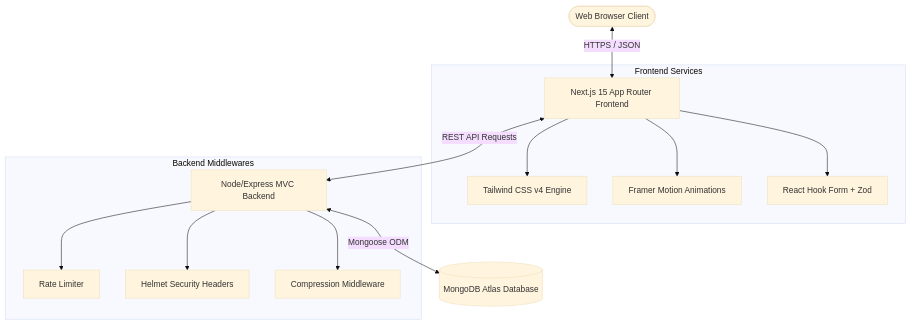
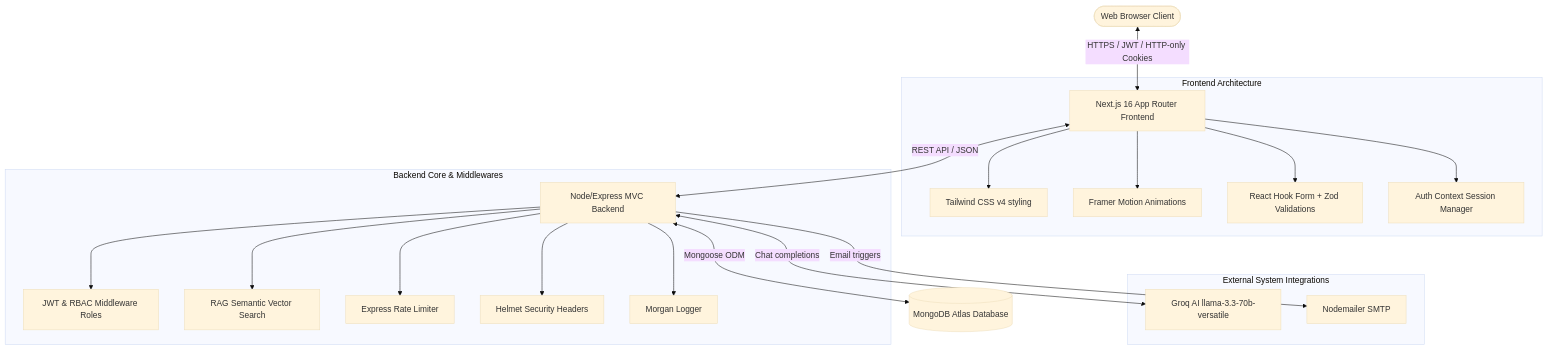
One commit to Santoshmmadivalar/Corporate-Profile-Website-Development changed the diagram in README.md. Above: the diagram before and after it, drawn with Mermaid (base theme). The commit also changed other lines of this file and 5 other files, not shown here.

Commit message:
Add Swagger documentation, backend unit tests, GitHub Actions CI/CD step, and upgraded README.md architecture diagram

````diff
--- a/README.md
+++ b/README.md
@@ -13,18 +9,26 @@
 ```mermaid
 graph TD
-    User([Web Browser Client]) <--> |HTTPS / JSON| NextJS[Next.js 15 App Router Frontend]
-    NextJS <--> |REST API Requests| Express[Node/Express MVC Backend]
+    User([Web Browser Client]) <--> |HTTPS / JWT / HTTP-only Cookies| NextJS[Next.js 16 App Router Frontend]
+    NextJS <--> |REST API / JSON| Express[Node/Express MVC Backend]
     Express <--> |Mongoose ODM| Mongo[(MongoDB Atlas Database)]
     
-    subgraph Frontend Services
-        NextJS --> Tailwind[Tailwind CSS v4 Engine]
+    subgraph Frontend Architecture
+        NextJS --> Tailwind[Tailwind CSS v4 styling]
         NextJS --> Motion[Framer Motion Animations]
-        NextJS --> Forms[React Hook Form + Zod]
+        NextJS --> Forms[React Hook Form + Zod Validations]
+        NextJS --> AuthCtx[Auth Context Session Manager]
     end
 
-    subgraph Backend Middlewares
-        Express --> RateLimit[Rate Limiter]
+    subgraph Backend Core & Middlewares
+        Express --> AuthMW[JWT & RBAC Middleware Roles]
+        Express --> RAG[RAG Semantic Vector Search]
+        Express --> RateLimit[Express Rate Limiter]
         Express --> Helmet[Helmet Security Headers]
-        Express --> Compress[Compression Middleware]
+        Express --> Morgan[Morgan Logger]
+    end
+
+    subgraph External System Integrations
+        Express <--> |Chat completions| Groq[Groq AI llama-3.3-70b-versatile]
+        Express --> |Email triggers| NodeMailer[Nodemailer SMTP]
     end
 ```
````
